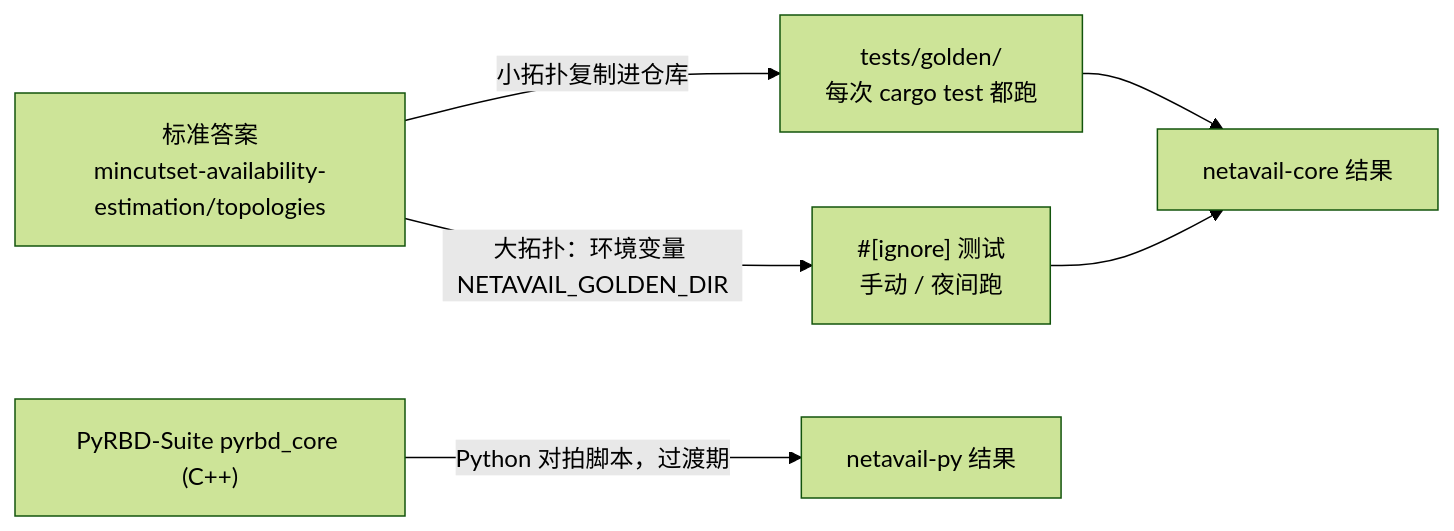
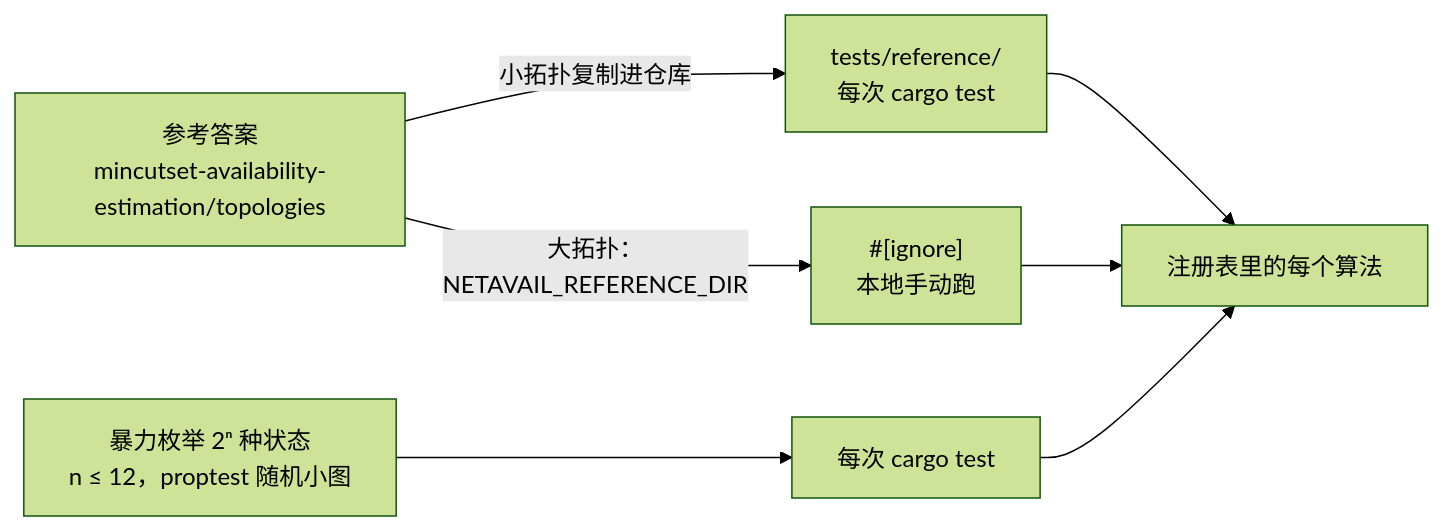
Before and after one commit to MichaelChennn/netavail: the third of 3 diagrams in docs/architecture.md, drawn with Mermaid (forest theme). The commit also changed other lines of this file and 1 other file, not shown here.

First line of the commit message:
docs: finalize architecture and record decisions D21-D35

````diff
--- a/docs/architecture.md
+++ b/docs/architecture.md
@@ -102,8 +294,9 @@
 ```mermaid
 graph LR
-    G["标准答案<br/>mincutset-availability-estimation/topologies"] -->|小拓扑复制进仓库| T1["tests/golden/<br/>每次 cargo test 都跑"]
-    G -->|大拓扑：环境变量 NETAVAIL_GOLDEN_DIR| T2["#[ignore] 测试<br/>手动 / 夜间跑"]
-    T1 --> C["netavail-core 结果"]
-    T2 --> C
-    OLD["PyRBD-Suite pyrbd_core (C++)"] -->|Python 对拍脚本，过渡期| P["netavail-py 结果"]
+    REF["参考答案<br/>mincutset-availability-estimation/topologies"] -->|小拓扑复制进仓库| T1["tests/reference/<br/>每次 cargo test"]
+    REF -->|大拓扑：NETAVAIL_REFERENCE_DIR| T2["#[ignore]<br/>本地手动跑"]
+    BF["暴力枚举 2ⁿ 种状态<br/>n ≤ 12，proptest 随机小图"] --> T3["每次 cargo test"]
+    T1 --> R["注册表里的每个算法"]
+    T2 --> R
+    T3 --> R
 ```
````
